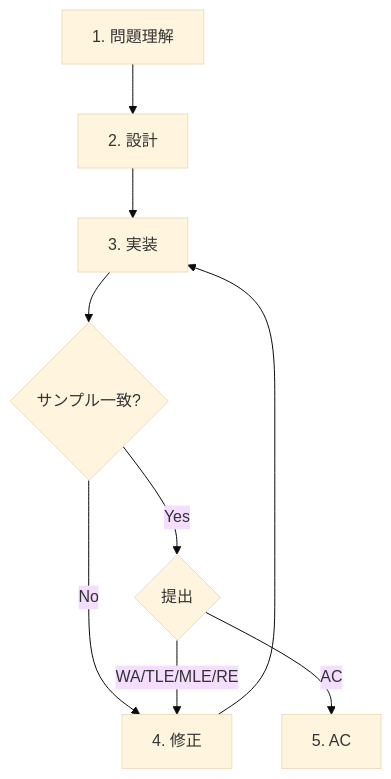
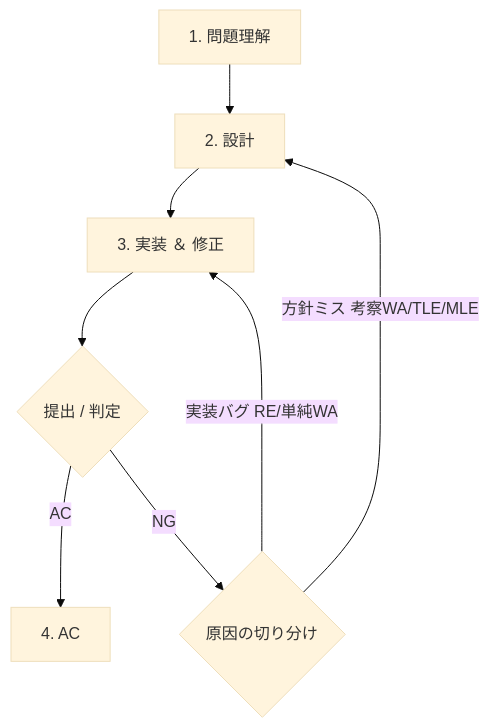
The diagram in docs/solving-flow.md (elzup/kyoupro-lib), drawn with Mermaid (base theme) before and after one commit. The commit also changed other lines of this file and 3 other files, not shown here.

First line of the commit message:
docs: unify idea->image->code wording and refine solving-flow phases

````diff
--- a/docs/solving-flow.md
+++ b/docs/solving-flow.md
@@ -10,11 +10,10 @@
 ```mermaid
 flowchart TD
   U[1. 問題理解] --> D[2. 設計]
-  D --> I[3. 実装]
-  I --> T{サンプル一致?}
-  T -- No --> F[4. 修正]
-  F --> I
-  T -- Yes --> S{提出}
-  S -- WA/TLE/MLE/RE --> F
-  S -- AC --> AC[5. AC]
+  D --> I[3. 実装 ＆ 修正]
+  I --> J{提出 / 判定}
+  J -- AC --> AC[4. AC]
+  J -- NG --> C{原因の切り分け}
+  C -- 実装バグ RE/単純WA --> I
+  C -- 方針ミス 考察WA/TLE/MLE --> D
 ```
````
